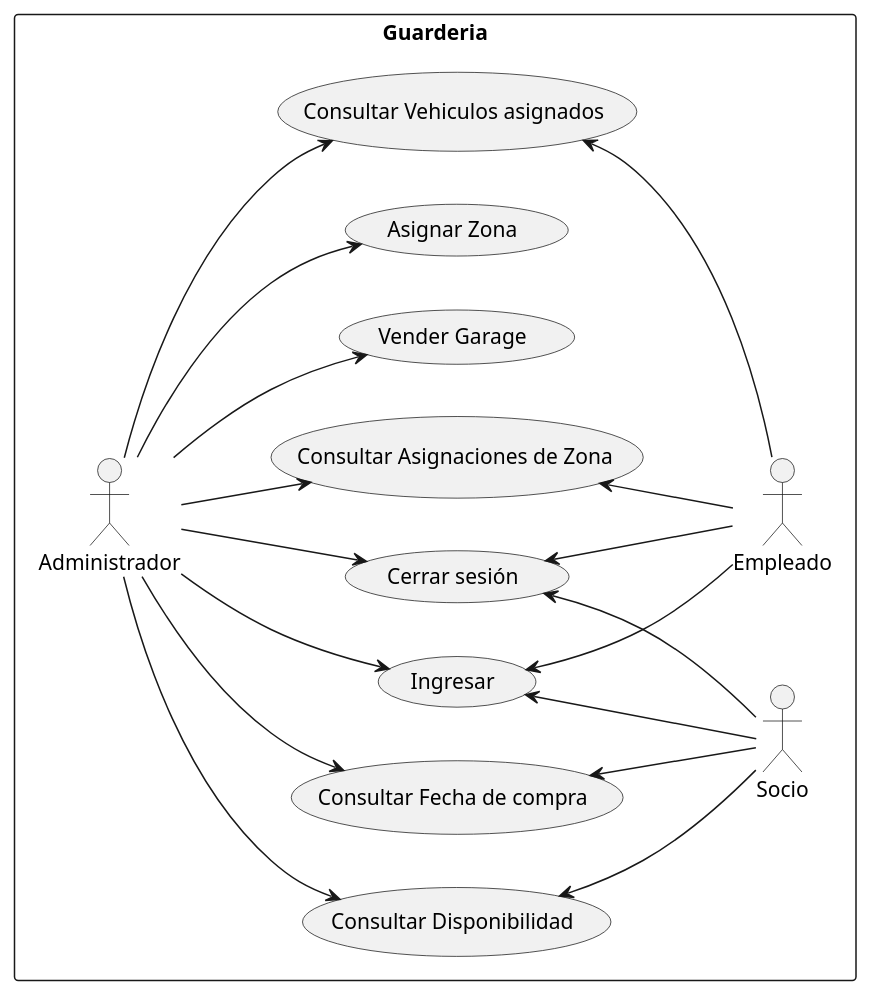
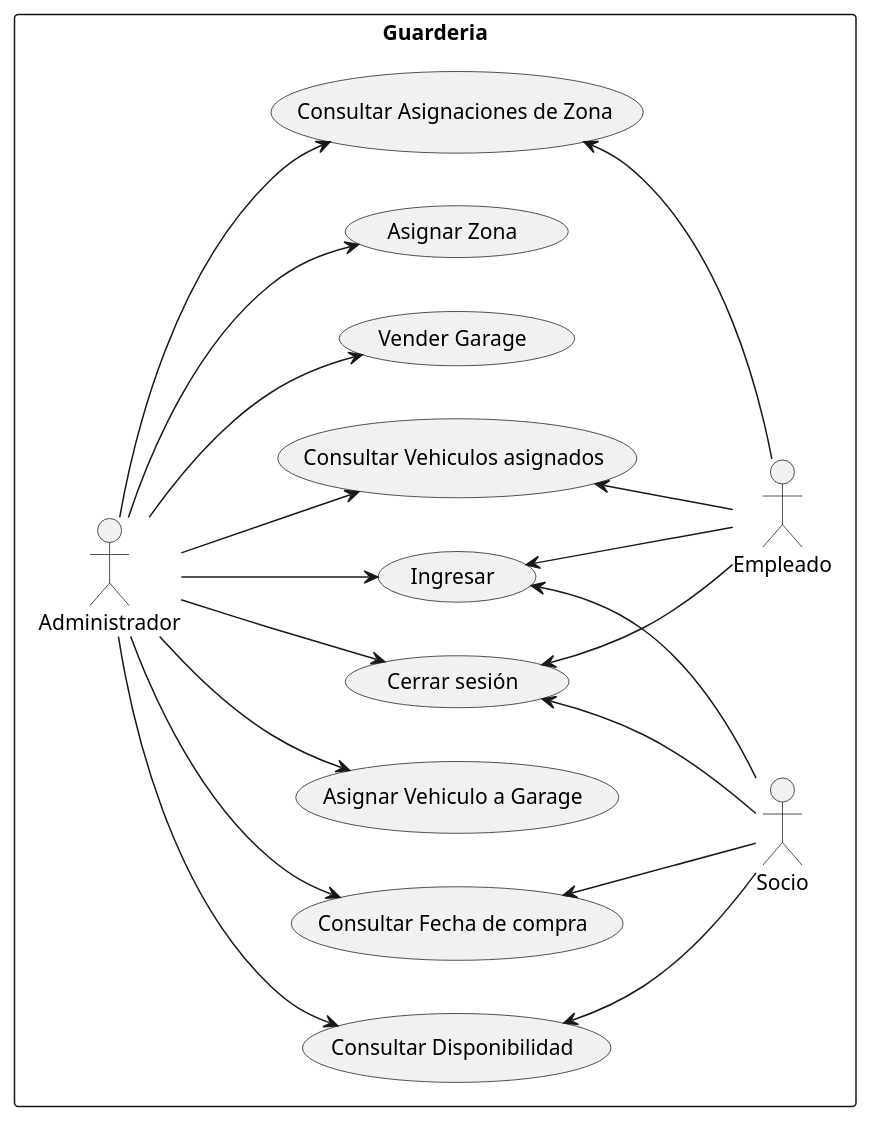
Before and after one commit to LeandroFulvio/inspt-p2-guarderia-central: the diagram in resources/casouso.puml, drawn with PlantUML. The commit also changed 11 other files, not shown here.

```diff
--- a/resources/casouso.puml
+++ b/resources/casouso.puml
@@ -1,39 +1,41 @@
 @startuml
 skinparam backgroundColor transparent
 left to right direction
 
 rectangle Guarderia {
   usecase "Ingresar" as ingresar
   usecase "Consultar Disponibilidad" as consultarDisponibilidad
+  usecase "Asignar Vehiculo a Garage" as asignarVehiculoAGarage
   usecase "Consultar Fecha de compra" as consultarFechas
   usecase "Consultar Asignaciones de Zona" as consultarZonas
   usecase "Consultar Vehiculos asignados" as consultarVehiculos
   usecase "Vender Garage" as venderGarage
   usecase "Asignar Zona" as asignarZona
   usecase "Cerrar sesión" as cerrar
 
   
   actor "Administrador" as adm
   adm --> ingresar
   adm --> consultarDisponibilidad
   adm --> consultarFechas
   adm --> consultarZonas
   adm --> consultarVehiculos
   adm --> venderGarage
   adm --> asignarZona
   adm --> cerrar
+  adm --> asignarVehiculoAGarage
   
   actor "Socio" as soc
   ingresar <-- soc
   consultarDisponibilidad <-- soc
   consultarFechas <-- soc
   cerrar <-- soc
   
   actor "Empleado" as emp
   ingresar <-- emp
   consultarZonas <-- emp
   consultarVehiculos <-- emp
   cerrar <-- emp
 }
 
 @enduml
```
